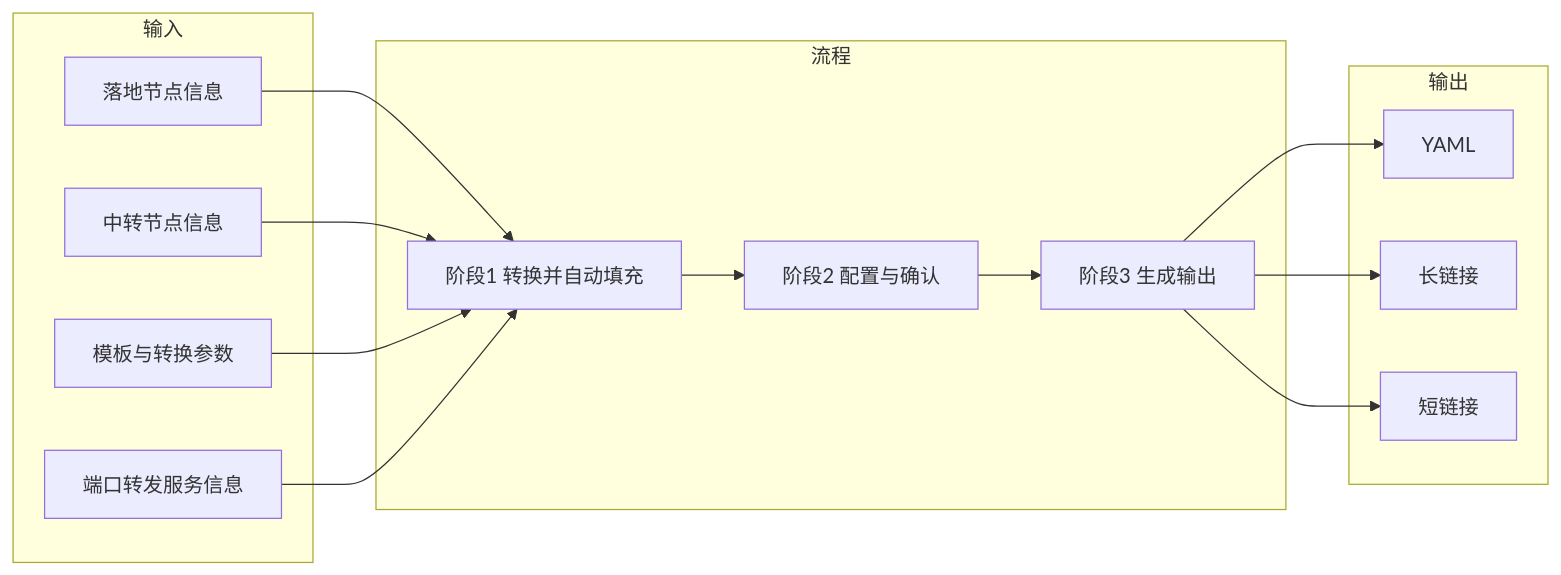
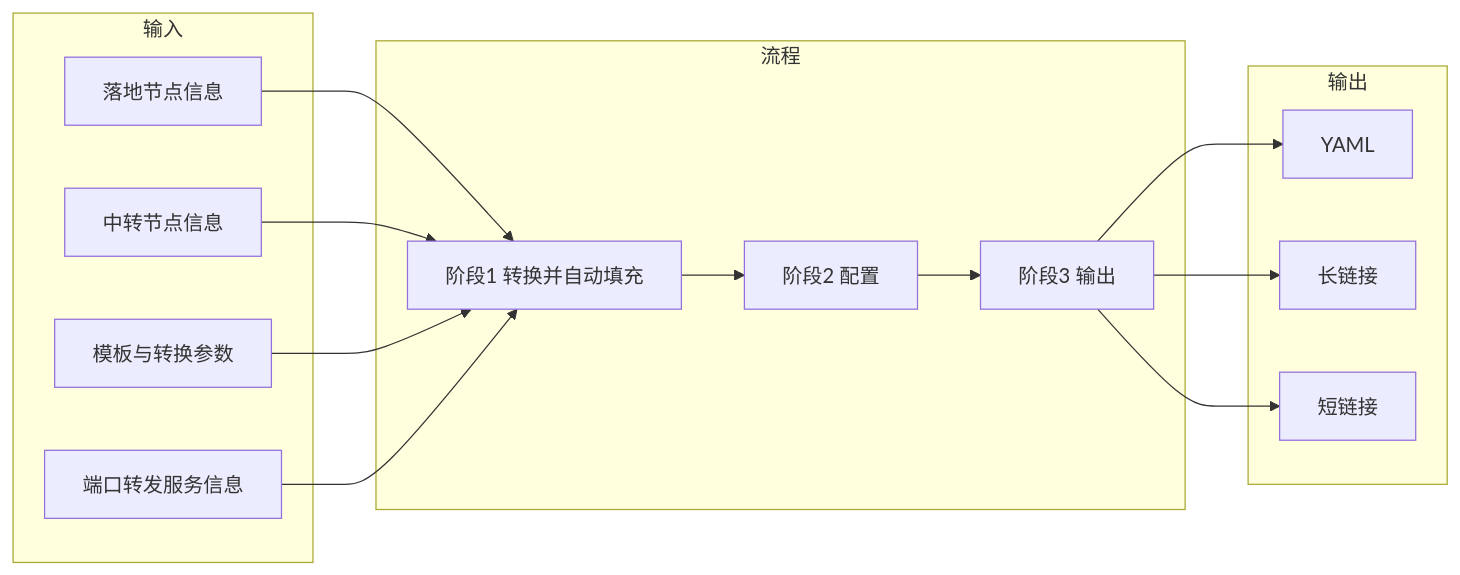
The diagram in docs/spec/01-overview.md (slackworker/chain-subconverter), drawn with Mermaid before and after one commit. The commit also changed other lines of this file and 3 other files, not shown here.

````diff
--- a/docs/spec/01-overview.md
+++ b/docs/spec/01-overview.md
@@ -23,31 +23,31 @@
 ```mermaid
 flowchart LR
   subgraph Input[输入]
     L[落地节点信息]
     T[中转节点信息]
     O[模板与转换参数]
     F[端口转发服务信息]
   end
 
   subgraph Flow[流程]
     C[阶段1 转换并自动填充]
-    S[阶段2 配置与确认]
-    G[阶段3 生成输出]
+    S[阶段2 配置]
+    G[阶段3 输出]
   end
 
   subgraph Output[输出]
     Y[YAML]
     U[长链接]
     SU[短链接]
   end
 
   L --> C
   T --> C
   O --> C
   F --> C
   C --> S
   S --> G
   G --> Y
   G --> U
   G --> SU
 ```
````
